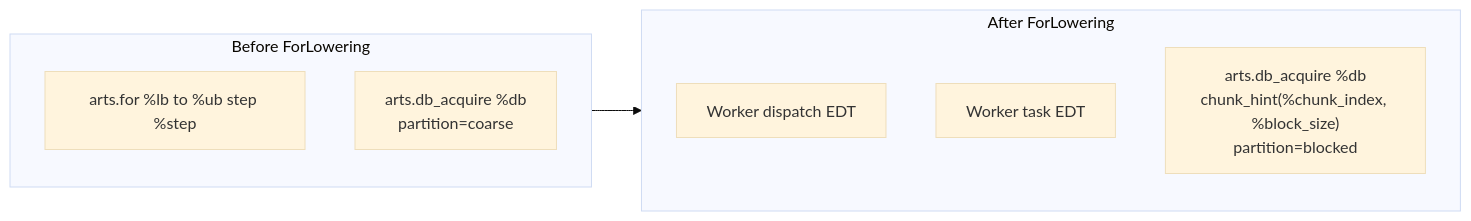
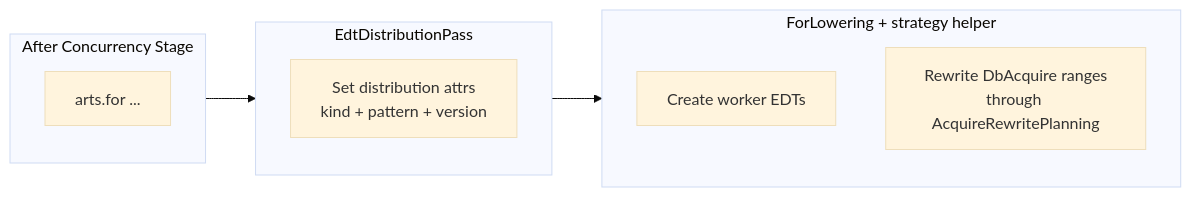
One commit to randreshg/carts changed the fourth of 7 diagrams in docs/agents.md. Above: the diagram before and after it, drawn with Mermaid (base theme). The commit also changed other lines of this file and 100 other files, not shown here.

````diff
--- a/docs/agents.md
+++ b/docs/agents.md
@@ -733,15 +735,17 @@
 ```mermaid
 flowchart LR
-    subgraph Before["Before ForLowering"]
-        FOR["arts.for %lb to %ub step %step"]
-        ACQ1["arts.db_acquire %db<br/>partition=coarse"]
+    subgraph Before["After Concurrency Stage"]
+        FOR["arts.for ..."]
     end
 
-    subgraph After["After ForLowering"]
-        DISPATCH[Worker dispatch EDT]
-        TASK[Worker task EDT]
-        ACQ2["arts.db_acquire %db<br/>chunk_hint(%chunk_index, %block_size)<br/>partition=blocked"]
+    subgraph Dist["EdtDistributionPass"]
+        PLAN["Set distribution attrs<br/>kind + pattern + version"]
     end
 
-    Before --> After
+    subgraph Lower["ForLowering + strategy helper"]
+        TASK["Create worker EDTs"]
+        ACQ["Rewrite DbAcquire ranges<br/>through AcquireRewritePlanning"]
+    end
+
+    Before --> Dist --> Lower
 ```
````
